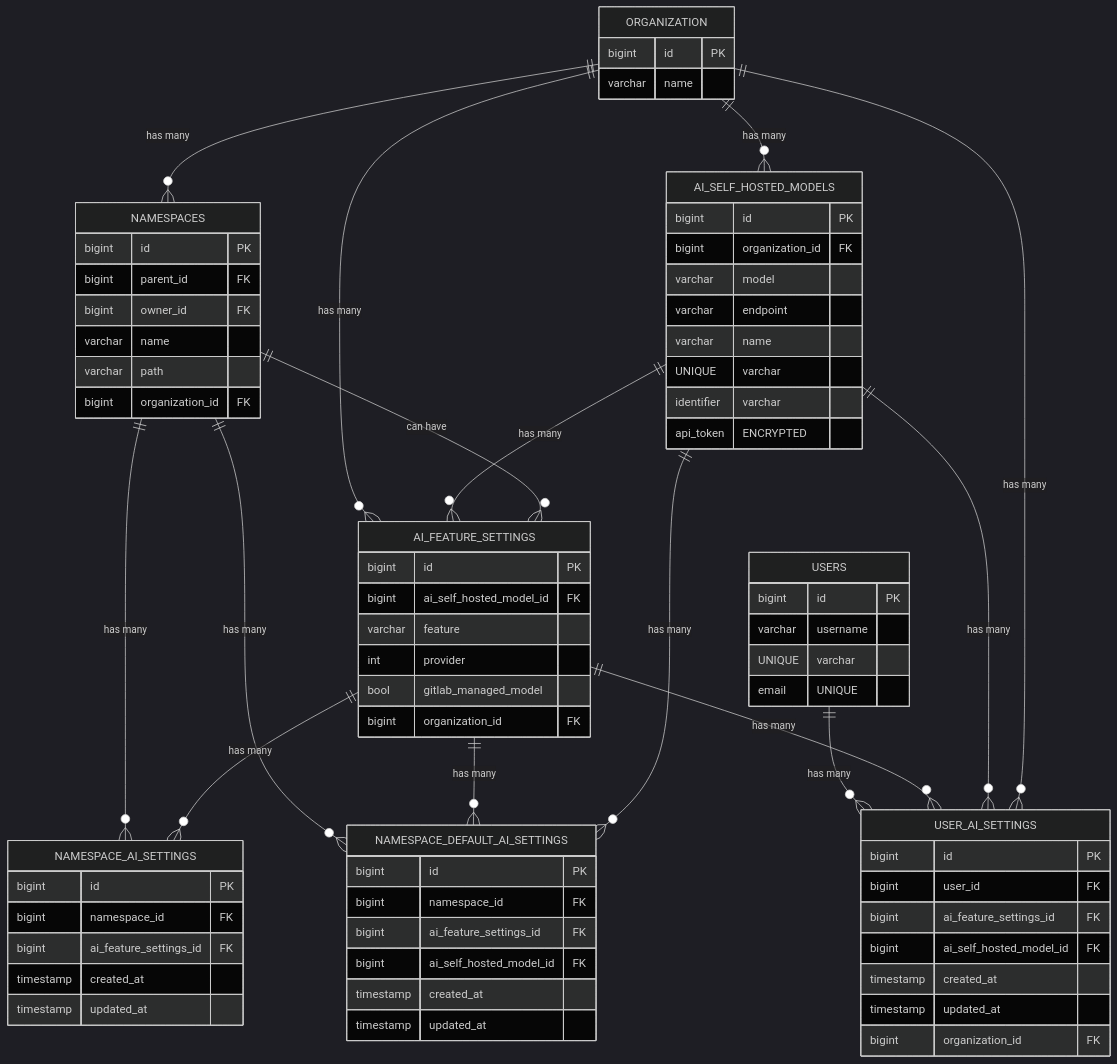
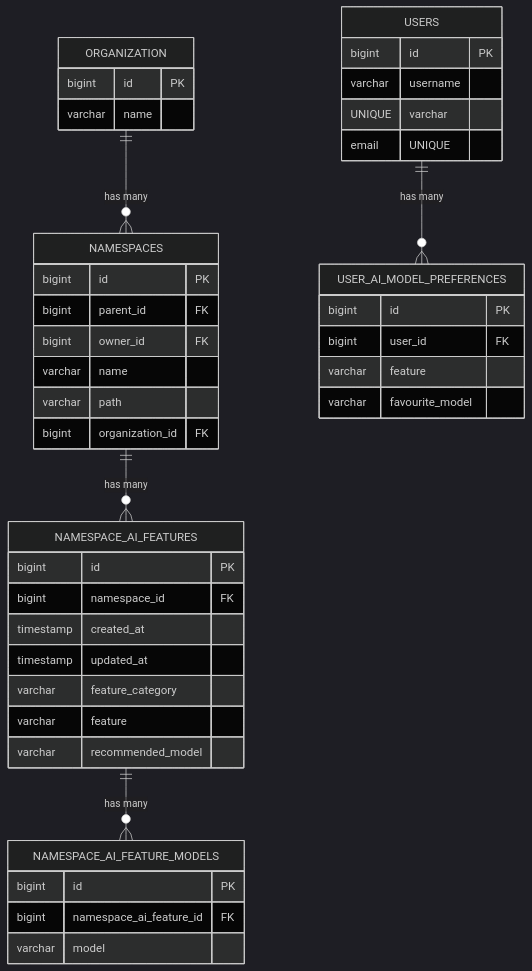
One commit to zalyoung/gitlab-handbook changed the first of 3 diagrams in content/handbook/engineering/architecture/design-documents/ai_model_selection/_index.md. Above: the diagram before and after it, drawn with Mermaid (dark theme). The commit also changed other lines of this file, not shown here.

Commit message:
Updated data model, changed so that instance level settings come from the AI Gateway

````diff
--- a/content/handbook/engineering/architecture/design-documents/ai_model_selection/_index.md
+++ b/content/handbook/engineering/architecture/design-documents/ai_model_selection/_index.md
@@ -68,30 +68,6 @@
         bigint id PK
         varchar name
     }
-
-    AI_FEATURE_SETTINGS {
-        bigint id PK
-        bigint ai_self_hosted_model_id FK
-        varchar feature
-        int provider
-        bool gitlab_managed_model
-        bigint organization_id FK
-    }
-    
-    AI_SELF_HOSTED_MODELS {
-        bigint id PK
-        bigint organization_id FK
-        varchar model
-        varchar endpoint
-        varchar name UNIQUE
-        varchar identifier
-        varchar api_token ENCRYPTED
-    }
-
-    ORGANIZATION ||--o{ AI_SELF_HOSTED_MODELS : "has many"
-    ORGANIZATION ||--o{ AI_FEATURE_SETTINGS : "has many"
-
-    AI_SELF_HOSTED_MODELS ||--o{ AI_FEATURE_SETTINGS : "has many"
 
     NAMESPACES {
         bigint id PK
@@ -104,31 +80,25 @@
 
     ORGANIZATION ||--o{ NAMESPACES : "has many"
 
-    NAMESPACES ||--o{ AI_FEATURE_SETTINGS : "can have"
-
-    NAMESPACE_AI_SETTINGS {
+    NAMESPACE_AI_FEATURES {
         bigint id PK
         bigint namespace_id FK
-        bigint ai_feature_settings_id FK
         timestamp created_at
         timestamp updated_at
+        varchar feature_category
+        varchar feature
+        varchar recommended_model
     }
 
-    NAMESPACES ||--o{ NAMESPACE_AI_SETTINGS : "has many"
-    AI_FEATURE_SETTINGS ||--o{ NAMESPACE_AI_SETTINGS : "has many"
+    NAMESPACES ||--o{ NAMESPACE_AI_FEATURES : "has many"
 
-    NAMESPACE_DEFAULT_AI_SETTINGS {
+    NAMESPACE_AI_FEATURE_MODELS {
         bigint id PK
-        bigint namespace_id FK
-        bigint ai_feature_settings_id FK
-        bigint ai_self_hosted_model_id FK
-        timestamp created_at
-        timestamp updated_at
+        bigint namespace_ai_feature_id FK
+        varchar model
     }
 
-    NAMESPACES ||--o{ NAMESPACE_DEFAULT_AI_SETTINGS : "has many"
-    AI_FEATURE_SETTINGS ||--o{ NAMESPACE_DEFAULT_AI_SETTINGS : "has many"
-    AI_SELF_HOSTED_MODELS ||--o{ NAMESPACE_DEFAULT_AI_SETTINGS : "has many"
+    NAMESPACE_AI_FEATURES ||--o{ NAMESPACE_AI_FEATURE_MODELS : "has many"
 
     USERS {
         bigint id PK
@@ -136,18 +106,12 @@
         varchar email UNIQUE
     }
 
-    USER_AI_SETTINGS {
+    USER_AI_MODEL_PREFERENCES {
         bigint id PK
         bigint user_id FK
-        bigint ai_feature_settings_id FK
-        bigint ai_self_hosted_model_id FK
-        timestamp created_at
-        timestamp updated_at
-        bigint organization_id FK
+        varchar feature
+        varchar favourite_model
     }
 
-    USERS ||--o{ USER_AI_SETTINGS : "has many"
-    AI_FEATURE_SETTINGS ||--o{ USER_AI_SETTINGS : "has many"
-    AI_SELF_HOSTED_MODELS ||--o{ USER_AI_SETTINGS : "has many"
-    ORGANIZATION ||--o{ USER_AI_SETTINGS : "has many"
+    USERS ||--o{ USER_AI_MODEL_PREFERENCES : "has many"
 ```
````
